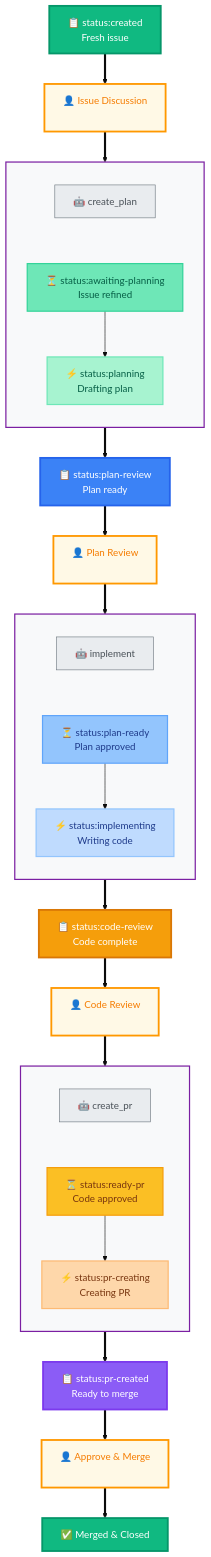
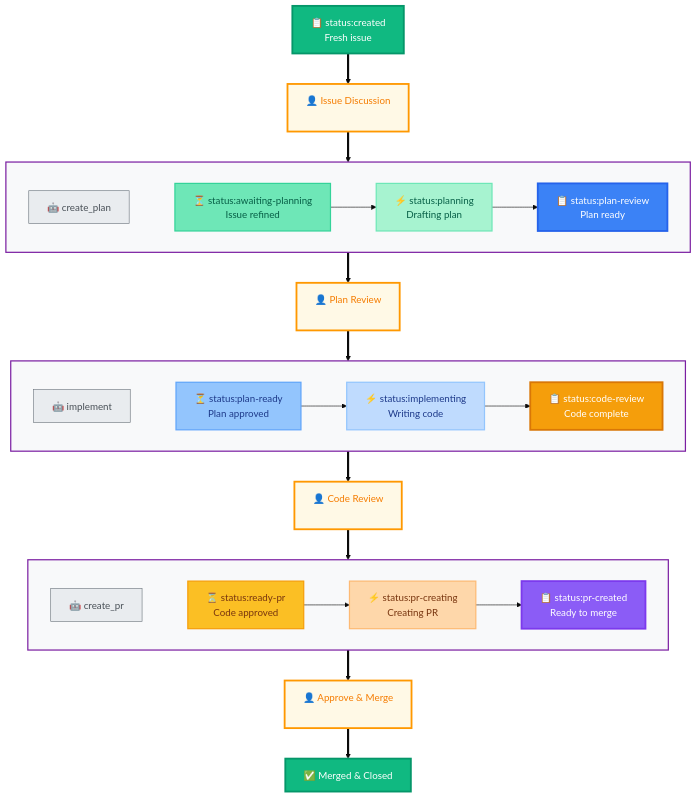
The first of 8 diagrams in pr_info/DEVELOPMENT_PROCESS.md (MarcusJellinghaus/mcp_coder), drawn with Mermaid (base theme) before and after one commit.

Commit message:
Improved layout

```diff
--- a/pr_info/DEVELOPMENT_PROCESS.md
+++ b/pr_info/DEVELOPMENT_PROCESS.md
@@ -8,9 +8,6 @@
 flowchart TD
     %% Status Labels
     S1["📋 status:created<br/>Fresh issue"]
-    S4["📋 status:plan-review<br/>Plan ready"]
-    S7["📋 status:code-review<br/>Code complete"]
-    S10["📋 status:pr-created<br/>Ready to merge"]
     S11["✅ Merged & Closed"]
     
     %% Human Action Boxes
@@ -21,43 +18,46 @@
     
     %% Bot Workflow Boxes
     subgraph BOT1[" "]
-        direction TB
+        direction LR
         B1_TITLE["🤖 create_plan"]
         S2["⏳ status:awaiting-planning<br/>Issue refined"]
         S3["⚡ status:planning<br/>Drafting plan"]
+        S4["📋 status:plan-review<br/>Plan ready"]
         B1_TITLE ~~~ S2
         S2 --> S3
+        S3 --> S4
     end
     
     subgraph BOT2[" "]
-        direction TB
+        direction LR
         B2_TITLE["🤖 implement"]
         S5["⏳ status:plan-ready<br/>Plan approved"]
         S6["⚡ status:implementing<br/>Writing code"]
+        S7["📋 status:code-review<br/>Code complete"]
         B2_TITLE ~~~ S5
         S5 --> S6
+        S6 --> S7
     end
     
     subgraph BOT3[" "]
-        direction TB
+        direction LR
         B3_TITLE["🤖 create_pr"]
         S8["⏳ status:ready-pr<br/>Code approved"]
         S9["⚡ status:pr-creating<br/>Creating PR"]
+        S10["📋 status:pr-created<br/>Ready to merge"]
         B3_TITLE ~~~ S8
         S8 --> S9
+        S9 --> S10
     end
     
     %% Workflows between statuses
     S1 ==> H1
     H1 ==> BOT1
-    BOT1 ==> S4
-    S4 ==> H2
+    BOT1 ==> H2
     H2 ==> BOT2
-    BOT2 ==> S7
-    S7 ==> H3
+    BOT2 ==> H3
     H3 ==> BOT3
-    BOT3 ==> S10
-    S10 ==> H4
+    BOT3 ==> H4
     H4 ==> S11
     
     %% Styling - matching HTML colors
```
